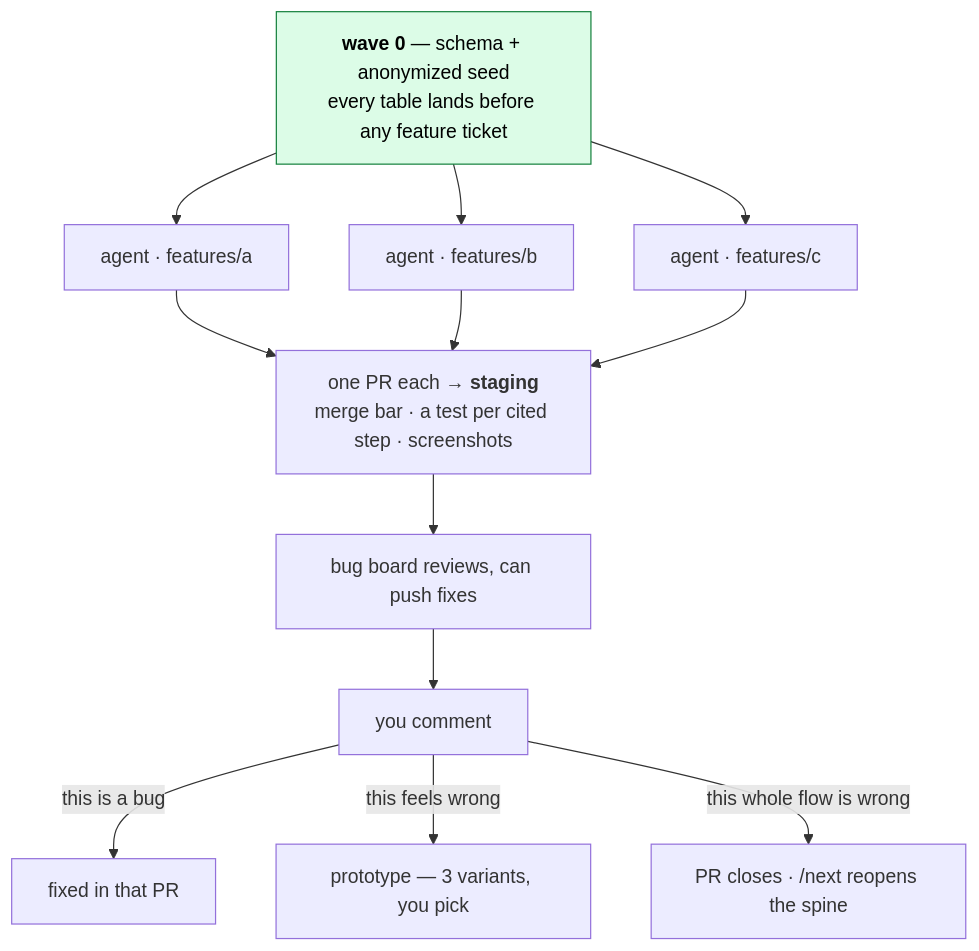
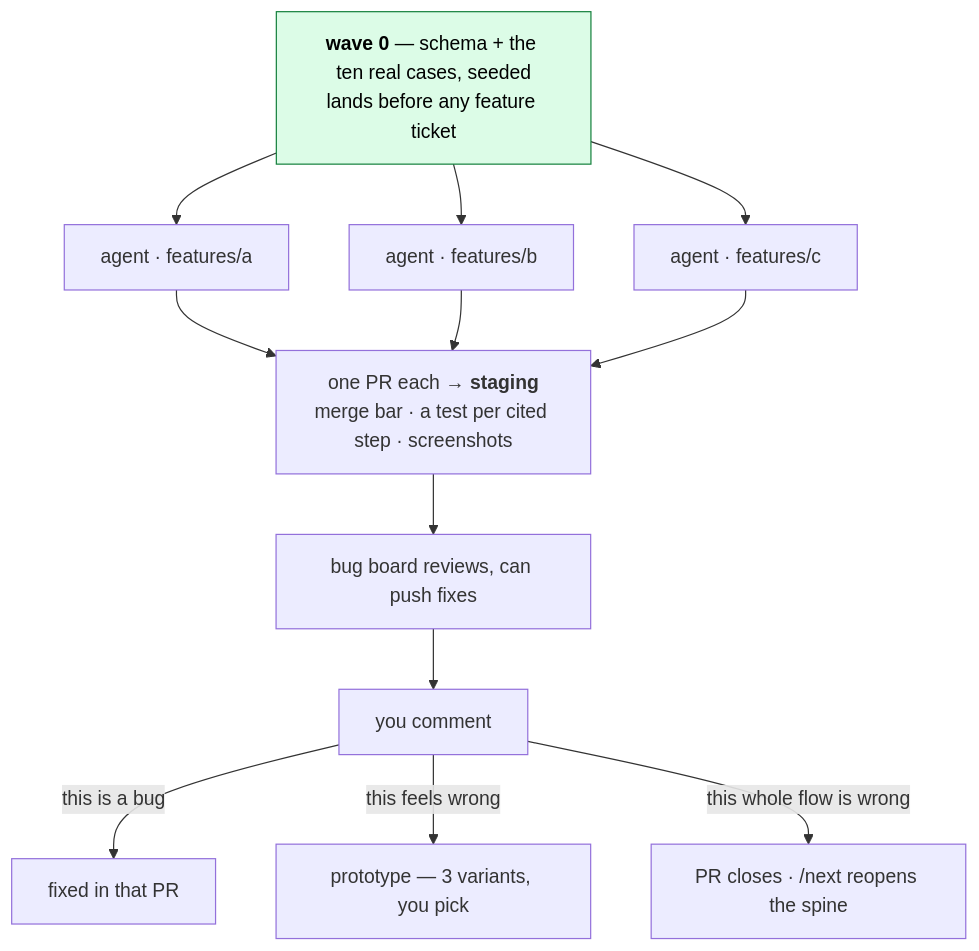
Before and after one commit to hivinaynair/vipernxt: the third of 3 diagrams in README.md, drawn with Mermaid. The commit also changed other lines of this file and 1 other file, not shown here.

First line of the commit message:
Seeding the eval set is the schema test; wave 0 is a lock, not an oracle.

````diff
--- a/README.md
+++ b/README.md
@@ -179,17 +179,17 @@
 ```mermaid
 flowchart TD
-    W0["<b>wave 0</b> — schema + anonymized seed<br/>every table lands before any feature ticket"]
+    W0["<b>wave 0</b> — schema + the ten real cases, seeded<br/>lands before any feature ticket"]
     W0 --> A1["agent · features/a"]
     W0 --> A2["agent · features/b"]
     W0 --> A3["agent · features/c"]
     A1 --> PR["one PR each → <b>staging</b><br/>merge bar · a test per cited step · screenshots"]
     A2 --> PR
     A3 --> PR
     PR --> BOT["bug board reviews, can push fixes"]
     BOT --> YOU["you comment"]
     YOU -->|"this is a bug"| FIX["fixed in that PR"]
     YOU -->|"this feels wrong"| PROTO["prototype — 3 variants, you pick"]
     YOU -->|"this whole flow is wrong"| SPINE["PR closes · /next reopens the spine"]
 
     style W0 fill:#dcfce7,stroke:#15803d,color:#000
 ```
````
